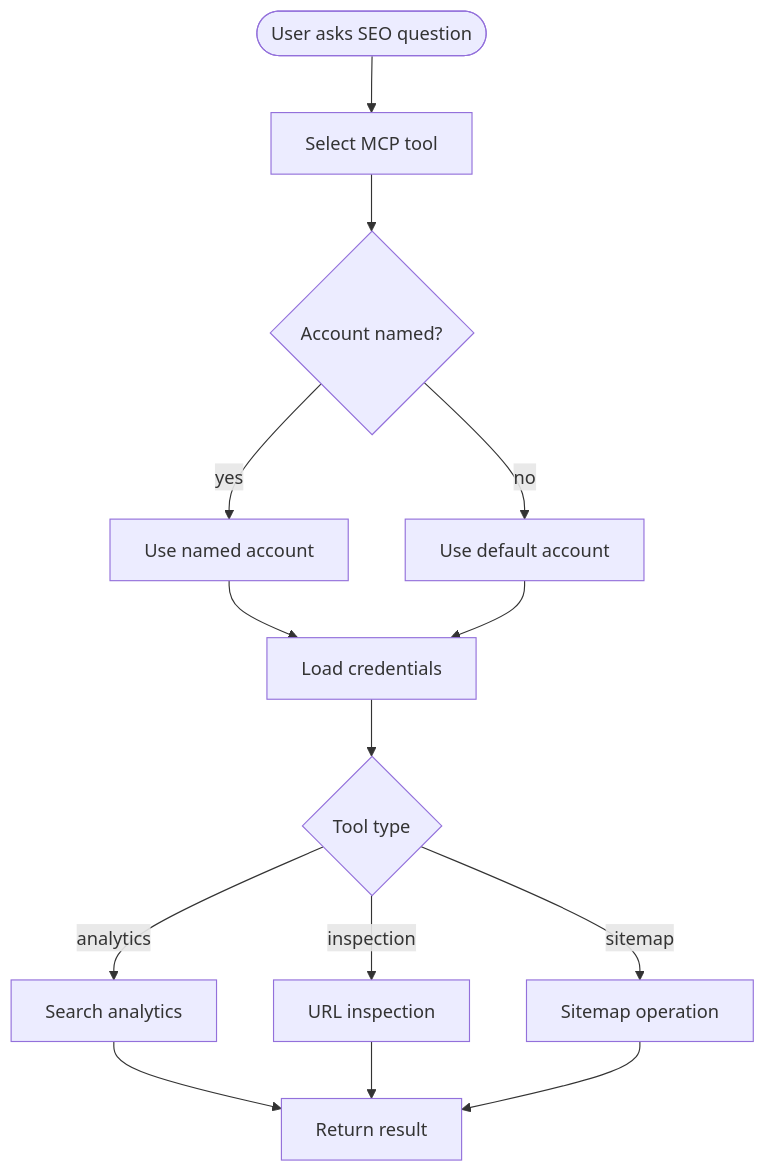
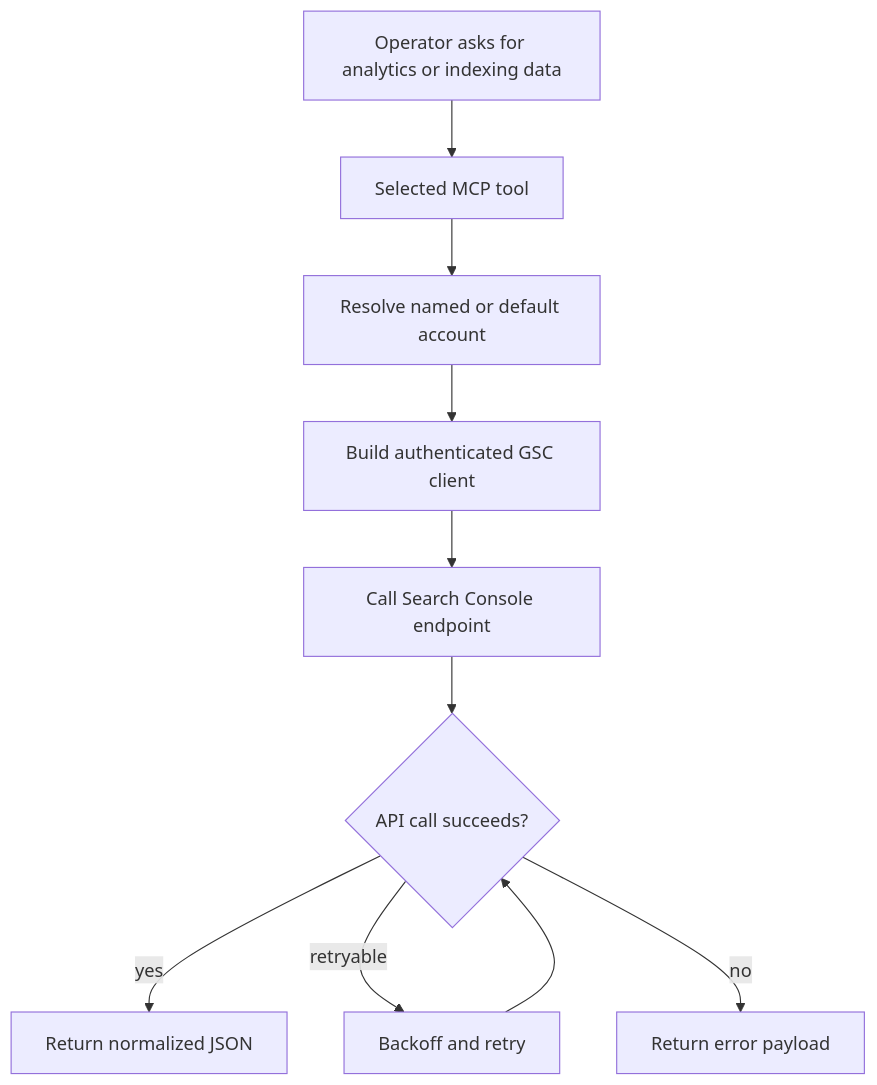
One commit to apexradius/mcp-search-console changed the second of 2 diagrams in README.md. Above: the diagram before and after it, drawn with Mermaid. The commit also changed other lines of this file and 2 other files, not shown here.

````diff
--- a/README.md
+++ b/README.md
@@ -40,16 +32,12 @@
 ```mermaid
 flowchart TD
-    Ask([User asks SEO question]) --> Tool[Select MCP tool]
-    Tool --> Account{Account named?}
-    Account -->|yes| Named[Use named account]
-    Account -->|no| Default[Use default account]
-    Named --> Auth[Load credentials]
-    Default --> Auth
-    Auth --> Action{Tool type}
-    Action -->|analytics| Analytics[Search analytics]
-    Action -->|inspection| Inspect[URL inspection]
-    Action -->|sitemap| Sitemap[Sitemap operation]
-    Analytics --> Return[Return result]
-    Inspect --> Return
-    Sitemap --> Return
+  P[Operator asks for analytics or indexing data] --> T[Selected MCP tool]
+  T --> A[Resolve named or default account]
+  A --> B[Build authenticated GSC client]
+  B --> C[Call Search Console endpoint]
+  C --> D{API call succeeds?}
+  D -- yes --> E[Return normalized JSON]
+  D -- retryable --> F[Backoff and retry]
+  F --> D
+  D -- no --> G[Return error payload]
 ```
````
